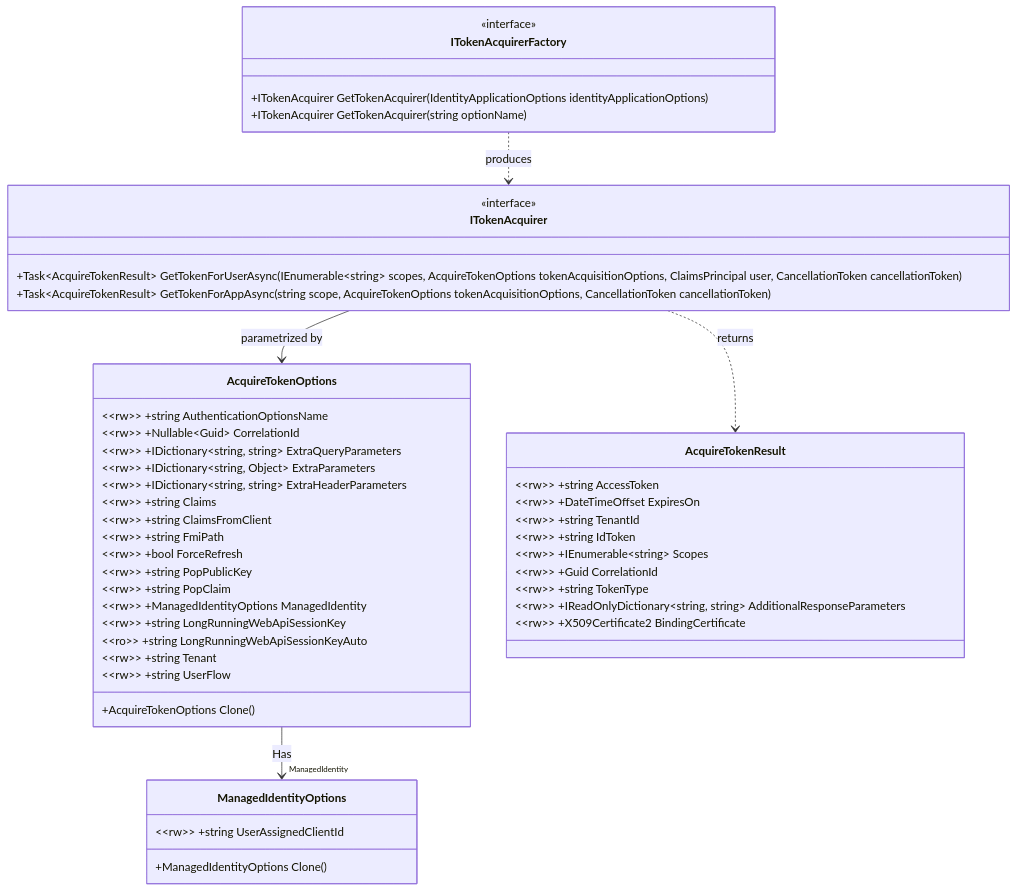
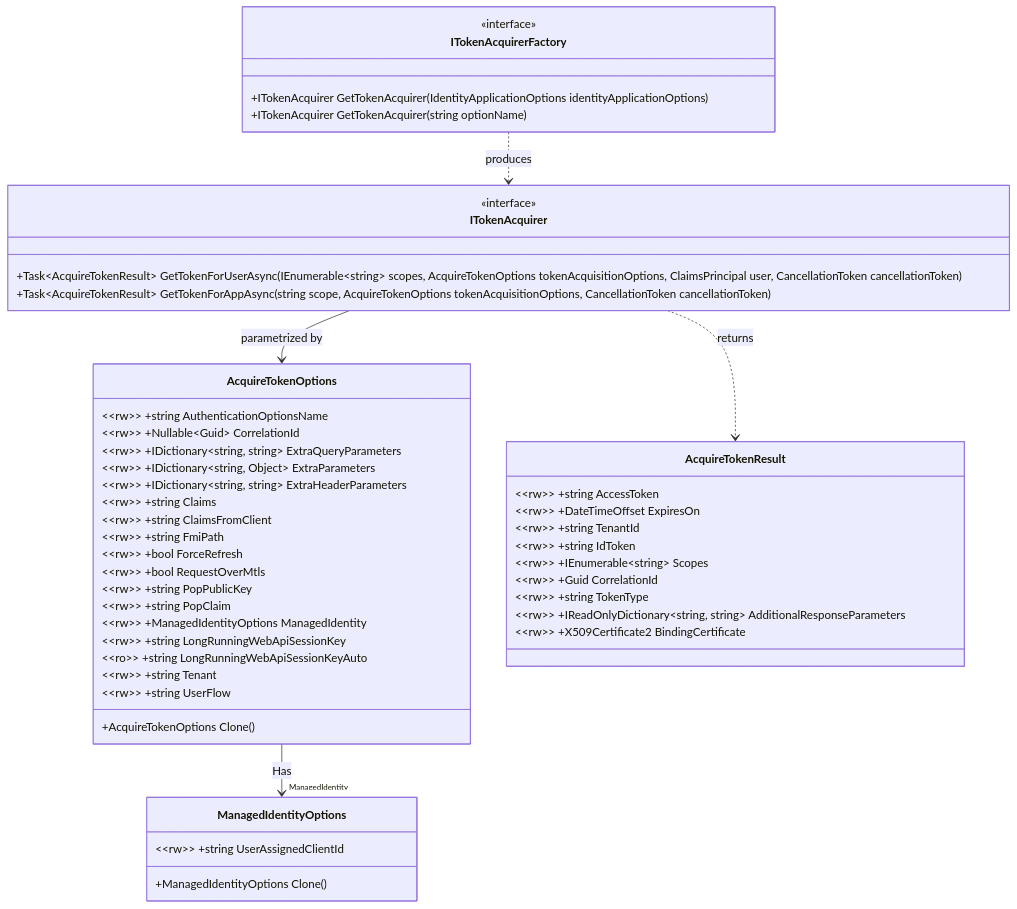
Before and after one commit to AzureAD/microsoft-identity-abstractions-for-dotnet: the fifth of 7 diagrams in README.md, drawn with Mermaid. The commit also changed other lines of this file and 9 other files, not shown here.

First line of the commit message:
Add public AcquireTokenOptions.RequestOverMtls option

````diff
--- a/README.md
+++ b/README.md
@@ -439,50 +456,51 @@
 ```mermaid
 classDiagram
    class AcquireTokenOptions {
     +AcquireTokenOptions Clone()
     &lt;&lt;rw&gt;&gt; +string AuthenticationOptionsName
     &lt;&lt;rw&gt;&gt; +Nullable&lt;Guid&gt; CorrelationId
     &lt;&lt;rw&gt;&gt; +IDictionary&lt;string, string&gt; ExtraQueryParameters
     &lt;&lt;rw&gt;&gt; +IDictionary&lt;string, Object&gt; ExtraParameters
     &lt;&lt;rw&gt;&gt; +IDictionary&lt;string, string&gt; ExtraHeaderParameters
     &lt;&lt;rw&gt;&gt; +string Claims
     &lt;&lt;rw&gt;&gt; +string ClaimsFromClient
     &lt;&lt;rw&gt;&gt; +string FmiPath
     &lt;&lt;rw&gt;&gt; +bool ForceRefresh
+    &lt;&lt;rw&gt;&gt; +bool RequestOverMtls
     &lt;&lt;rw&gt;&gt; +string PopPublicKey
     &lt;&lt;rw&gt;&gt; +string PopClaim
     &lt;&lt;rw&gt;&gt; +ManagedIdentityOptions ManagedIdentity
     &lt;&lt;rw&gt;&gt; +string LongRunningWebApiSessionKey
     &lt;&lt;ro&gt;&gt; +string LongRunningWebApiSessionKeyAuto
     &lt;&lt;rw&gt;&gt; +string Tenant
     &lt;&lt;rw&gt;&gt; +string UserFlow
     }
     class AcquireTokenResult {
     &lt;&lt;rw&gt;&gt; +string AccessToken
     &lt;&lt;rw&gt;&gt; +DateTimeOffset ExpiresOn
     &lt;&lt;rw&gt;&gt; +string TenantId
     &lt;&lt;rw&gt;&gt; +string IdToken
     &lt;&lt;rw&gt;&gt; +IEnumerable&lt;string&gt; Scopes
     &lt;&lt;rw&gt;&gt; +Guid CorrelationId
     &lt;&lt;rw&gt;&gt; +string TokenType
     &lt;&lt;rw&gt;&gt; +IReadOnlyDictionary&lt;string, string&gt; AdditionalResponseParameters
     &lt;&lt;rw&gt;&gt; +X509Certificate2 BindingCertificate
     }
     class ITokenAcquirer { <<interface>>
     +Task&lt;AcquireTokenResult&gt; GetTokenForUserAsync(IEnumerable&lt;string&gt; scopes, AcquireTokenOptions tokenAcquisitionOptions, ClaimsPrincipal user, CancellationToken cancellationToken)
     +Task&lt;AcquireTokenResult&gt; GetTokenForAppAsync(string scope, AcquireTokenOptions tokenAcquisitionOptions, CancellationToken cancellationToken)
     }
     class ITokenAcquirerFactory { <<interface>>
     +ITokenAcquirer GetTokenAcquirer(IdentityApplicationOptions identityApplicationOptions)
     +ITokenAcquirer GetTokenAcquirer(string optionName)
     }
     class ManagedIdentityOptions {
     +ManagedIdentityOptions Clone()
     &lt;&lt;rw&gt;&gt; +string UserAssignedClientId
     }
 
    ITokenAcquirerFactory ..> ITokenAcquirer : produces
    ITokenAcquirer -->  AcquireTokenOptions : parametrized by
    AcquireTokenOptions --> "ManagedIdentity" ManagedIdentityOptions : Has
    ITokenAcquirer ..>  AcquireTokenResult : returns
 ```
````
